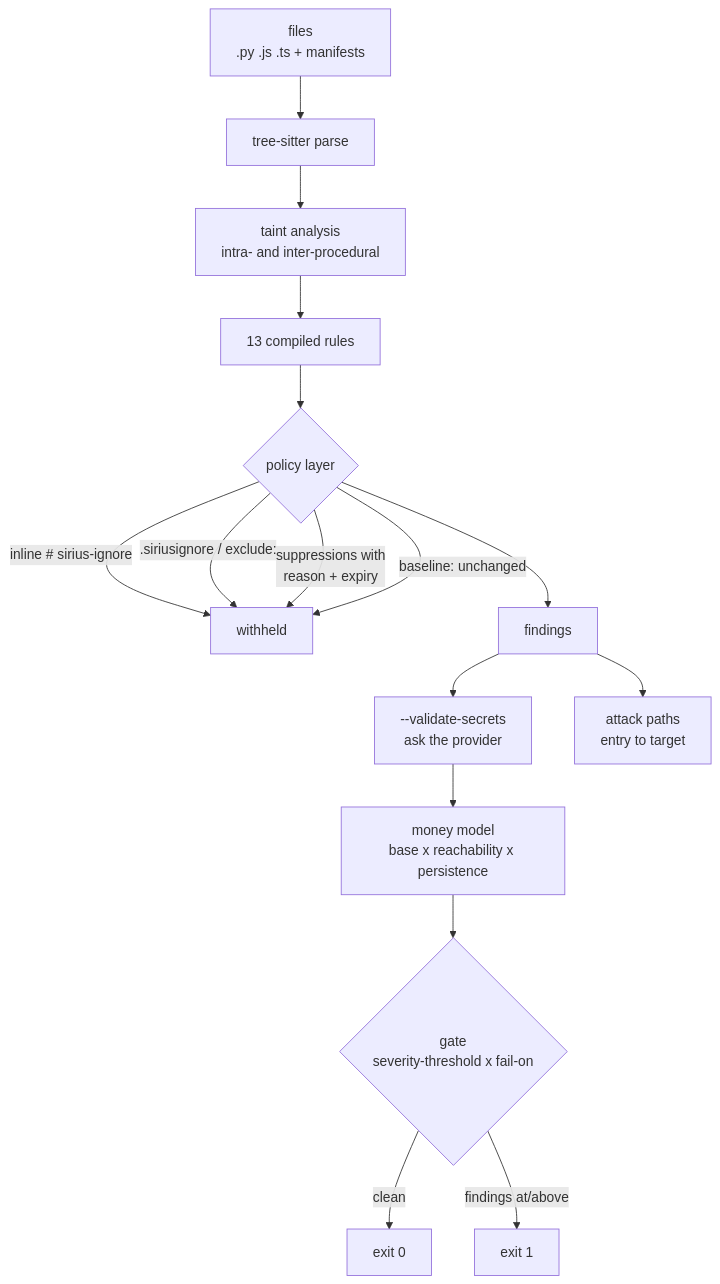
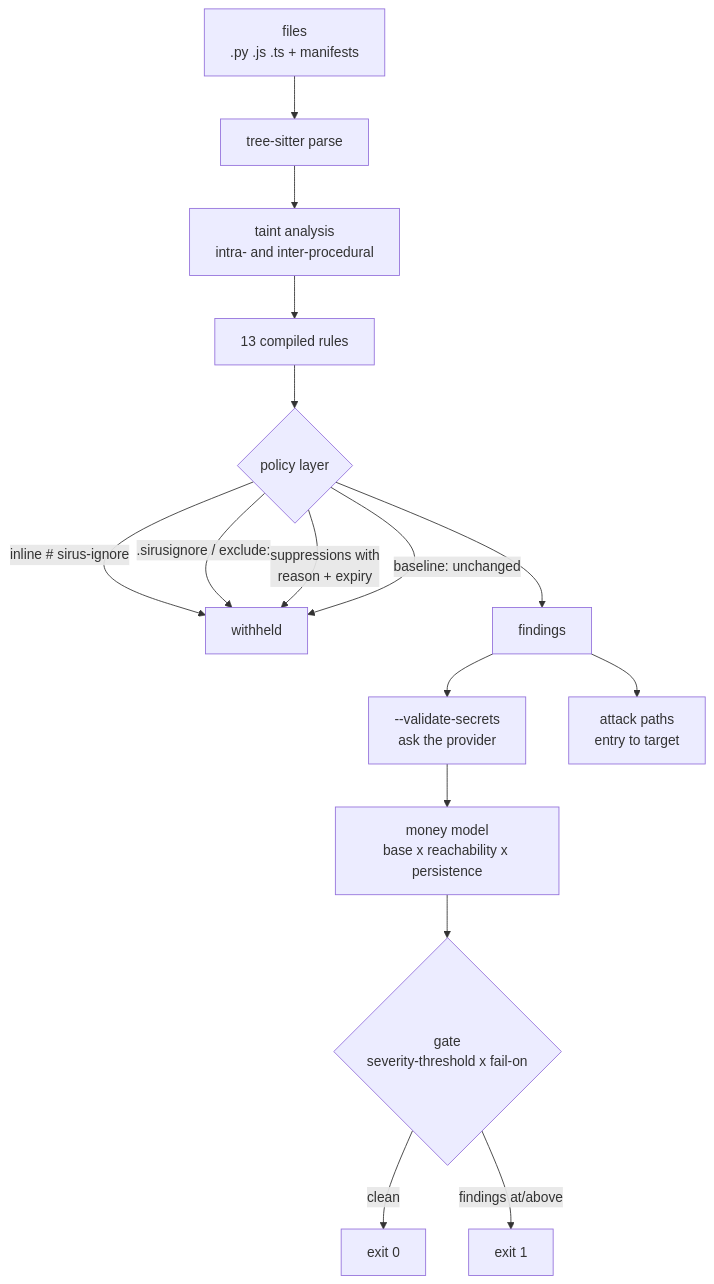
One commit to SruSanCyborg/FINSEC_CLI_Sirius changed the third of 7 diagrams in README.md. Above: the diagram before and after it, drawn with Mermaid. The commit also changed other lines of this file and 162 other files, not shown here.

First line of the commit message:
Rename to sirus everywhere: @srusan/sirus, the sirus command, SIRUS_* env, sirus.yaml/.sirusignore/.siruslintrc/.sirus/, schemas, media, repo links (D-058)

````diff
--- a/README.md
+++ b/README.md
@@ -363,18 +363,18 @@
 ```mermaid
 flowchart TD
     F["files<br/>.py .js .ts + manifests"] --> P["tree-sitter parse"]
     P --> T["taint analysis<br/>intra- and inter-procedural"]
     T --> R["13 compiled rules"]
     R --> POL{"policy layer"}
-    POL -->|"inline # sirius-ignore"| DROP["withheld"]
-    POL -->|".siriusignore / exclude:"| DROP
+    POL -->|"inline # sirus-ignore"| DROP["withheld"]
+    POL -->|".sirusignore / exclude:"| DROP
     POL -->|"suppressions with<br/>reason + expiry"| DROP
     POL -->|"baseline: unchanged"| DROP
     POL --> FIND["findings"]
     FIND --> V["--validate-secrets<br/>ask the provider"]
     V --> M["money model<br/>base x reachability x persistence"]
     M --> G{"gate<br/>severity-threshold x fail-on"}
     G -->|clean| E0["exit 0"]
     G -->|"findings at/above"| E1["exit 1"]
     FIND --> A["attack paths<br/>entry to target"]
 ```
````
